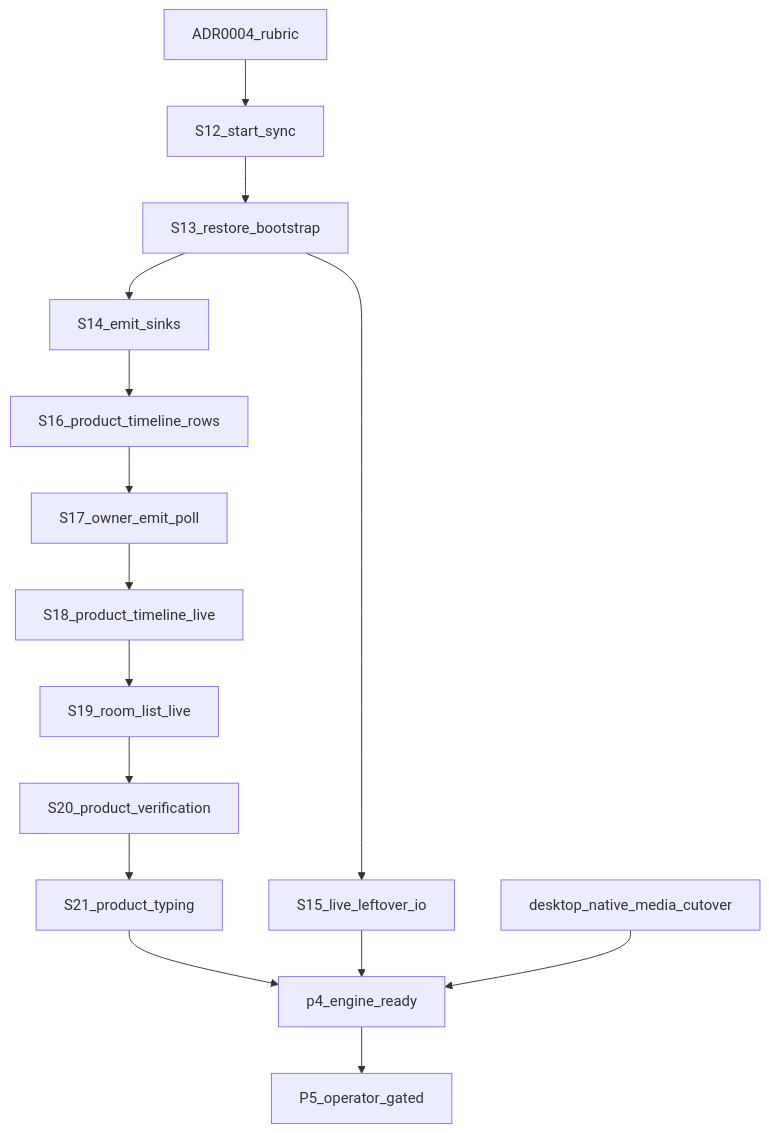
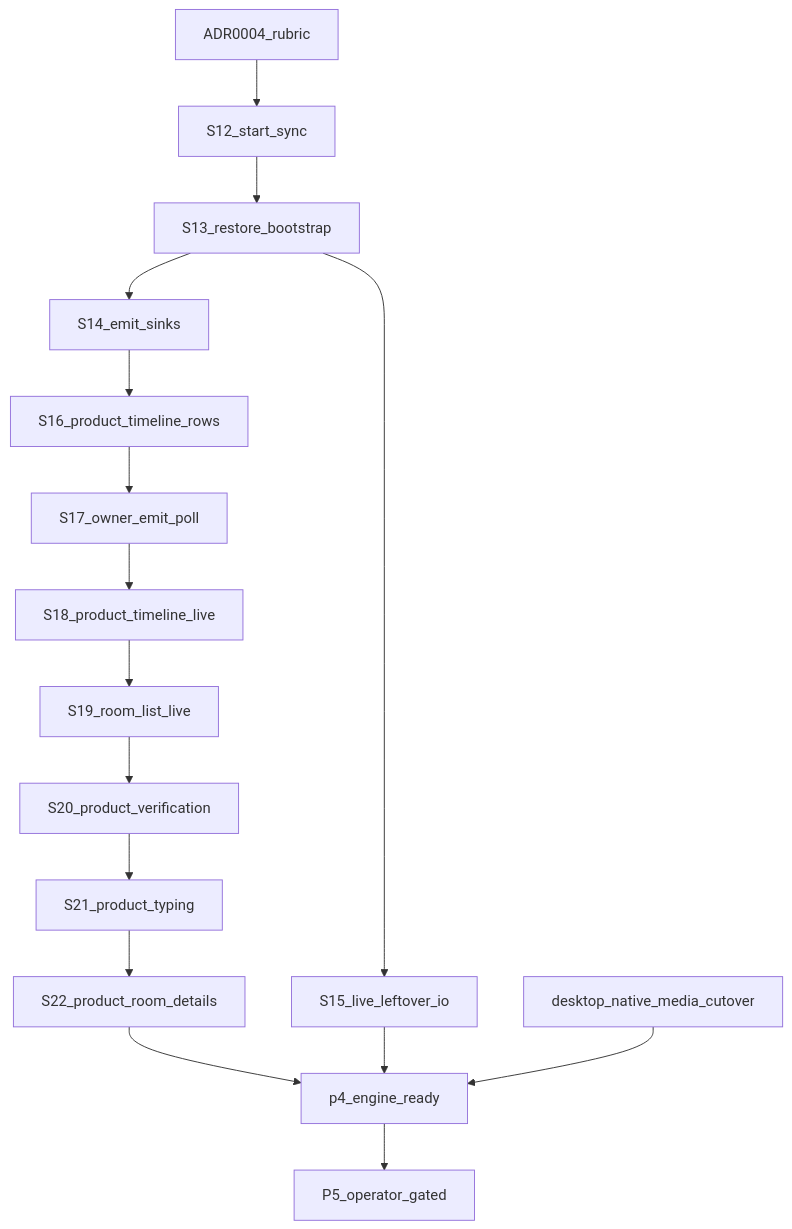
The diagram in docs/shared-native-core/13-language-boundary-goal-graph.md (nepenth/synara-desktop), drawn with Mermaid before and after one commit. The commit also changed other lines of this file and 5 other files, not shown here.

First line of the commit message:
feat(ios): consume SharedCore room snapshots in product details (P4-S22)

````diff
--- a/docs/shared-native-core/13-language-boundary-goal-graph.md
+++ b/docs/shared-native-core/13-language-boundary-goal-graph.md
@@ -46,32 +46,34 @@
 ```mermaid
 flowchart TD
   adr0004[ADR0004_rubric]
   s12[S12_start_sync]
   s13[S13_restore_bootstrap]
   s14[S14_emit_sinks]
   s15[S15_live_leftover_io]
   s16[S16_product_timeline_rows]
   s17[S17_owner_emit_poll]
   s18[S18_product_timeline_live]
   s19[S19_room_list_live]
   s20[S20_product_verification]
   s21[S21_product_typing]
+  s22[S22_product_room_details]
   media[desktop_native_media_cutover]
   done[p4_engine_ready]
   p5[P5_operator_gated]
 
   adr0004 --> s12
   s12 --> s13
   s13 --> s14
   s13 --> s15
   s14 --> s16
   s16 --> s17
   s17 --> s18
   s18 --> s19
   s19 --> s20
   s20 --> s21
-  s21 --> done
+  s21 --> s22
+  s22 --> done
   s15 --> done
   media --> done
   done --> p5
 ```
````
